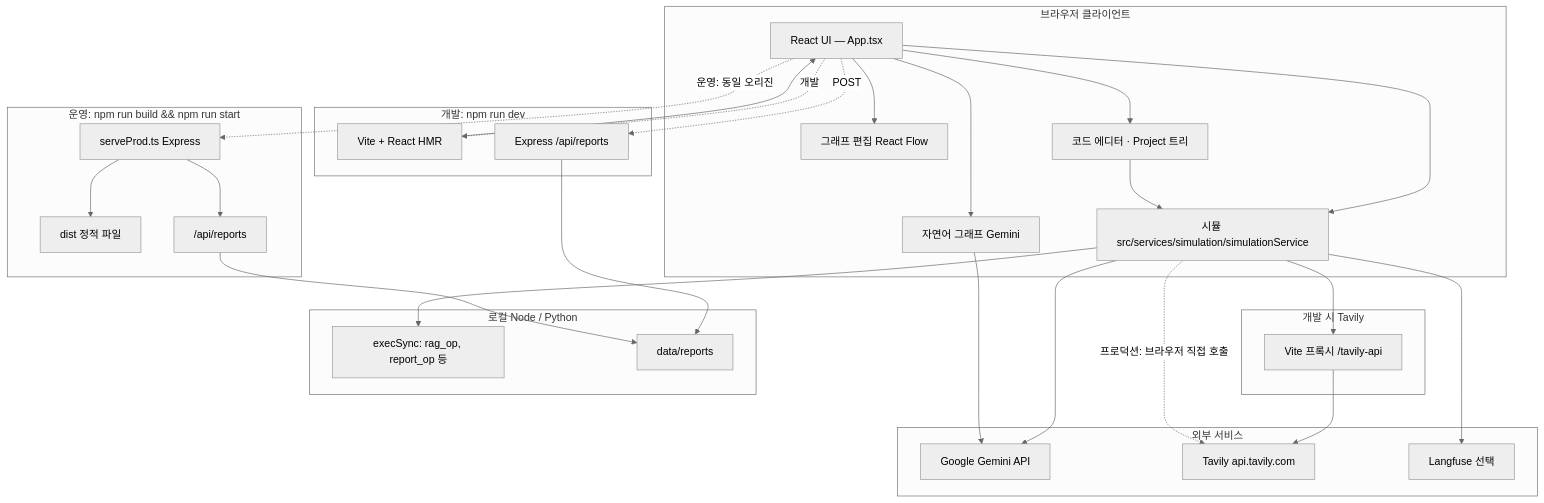
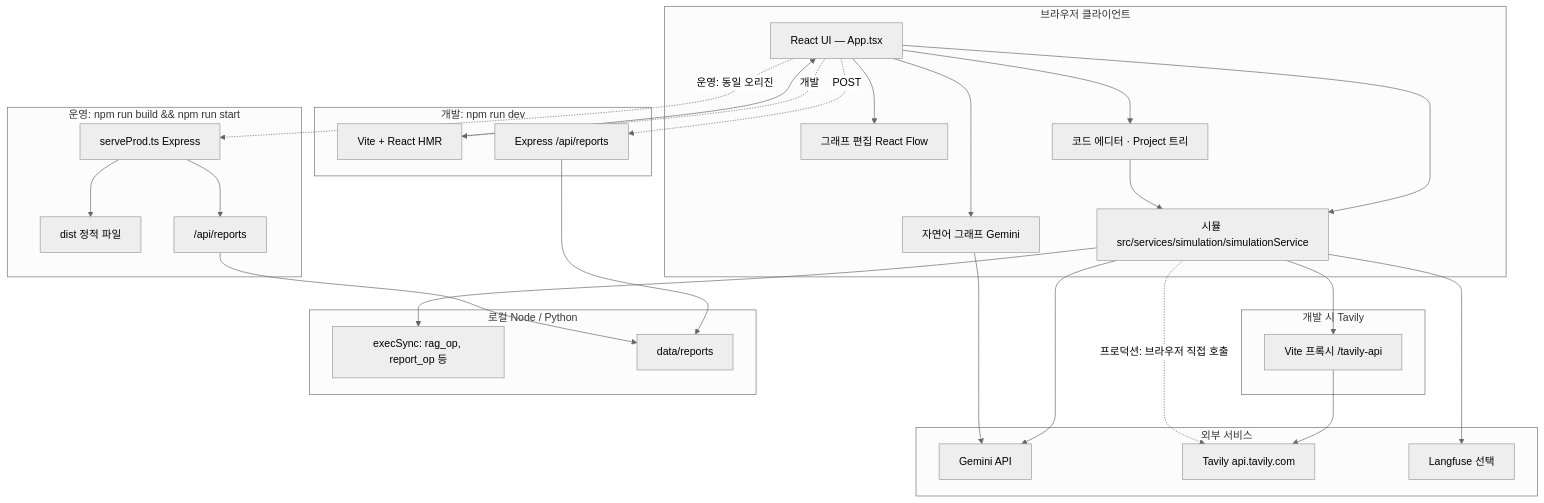
The diagram in README.md (minsoo-vi/agentflow), drawn with Mermaid (neutral theme) before and after one commit. The commit also changed 3 other files, not shown here.

````diff
--- a/README.md
+++ b/README.md
@@ -30,59 +30,59 @@
 ```mermaid
 flowchart TB
   subgraph browser["브라우저 클라이언트"]
     UI["React UI — App.tsx"]
     Graph["그래프 편집 React Flow"]
     Sim["시뮬 src/services/simulation/simulationService"]
     Code["코드 에디터 · Project 트리"]
     NL["자연어 그래프 Gemini"]
   end
 
   subgraph viteDev["개발: npm run dev"]
     Vite["Vite + React HMR"]
     ApiDev["Express /api/reports"]
   end
 
   subgraph prod["운영: npm run build && npm run start"]
     Serve["serveProd.ts Express"]
     Dist["dist 정적 파일"]
     ApiProd["/api/reports"]
   end
 
   subgraph external["외부 서비스"]
-    Gemini["Google Gemini API"]
+    Gemini["Gemini API"]
     Tavily["Tavily api.tavily.com"]
     Langfuse["Langfuse 선택"]
   end
 
   subgraph tavilyDev["개발 시 Tavily"]
     TavilyProxy["Vite 프록시 /tavily-api"]
   end
 
   subgraph local["로컬 Node / Python"]
     Exec["execSync: rag_op, report_op 등"]
     Disk["data/reports"]
   end
 
   UI --> Graph
   UI --> Sim
   UI --> Code
   UI --> NL
   Sim --> Gemini
   Sim --> Langfuse
   Sim --> Exec
   Sim --> TavilyProxy
   TavilyProxy --> Tavily
   Sim -. 프로덕션: 브라우저 직접 호출 .-> Tavily
   NL --> Gemini
   Code --> Sim
 
   Vite --> UI
   ApiDev --> Disk
   UI -. 개발 .-> Vite
   UI -. POST .-> ApiDev
 
   Serve --> Dist
   Serve --> ApiProd
   ApiProd --> Disk
   UI -. 운영: 동일 오리진 .-> Serve
 ```
````
